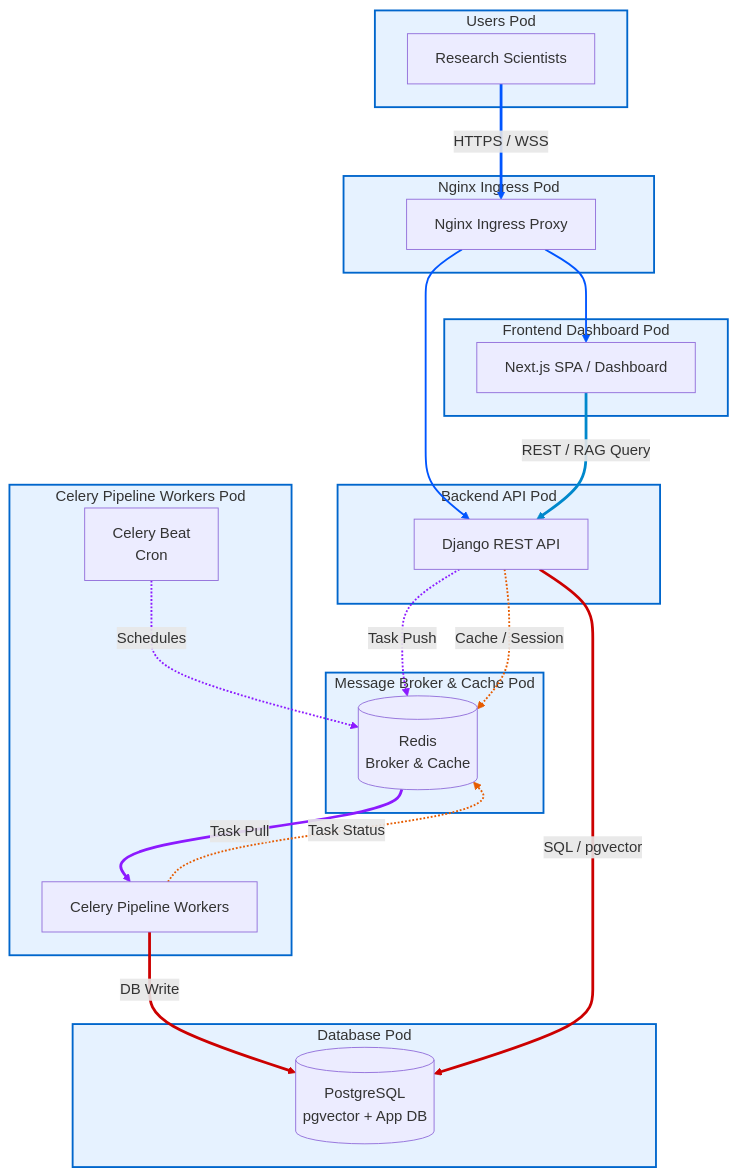
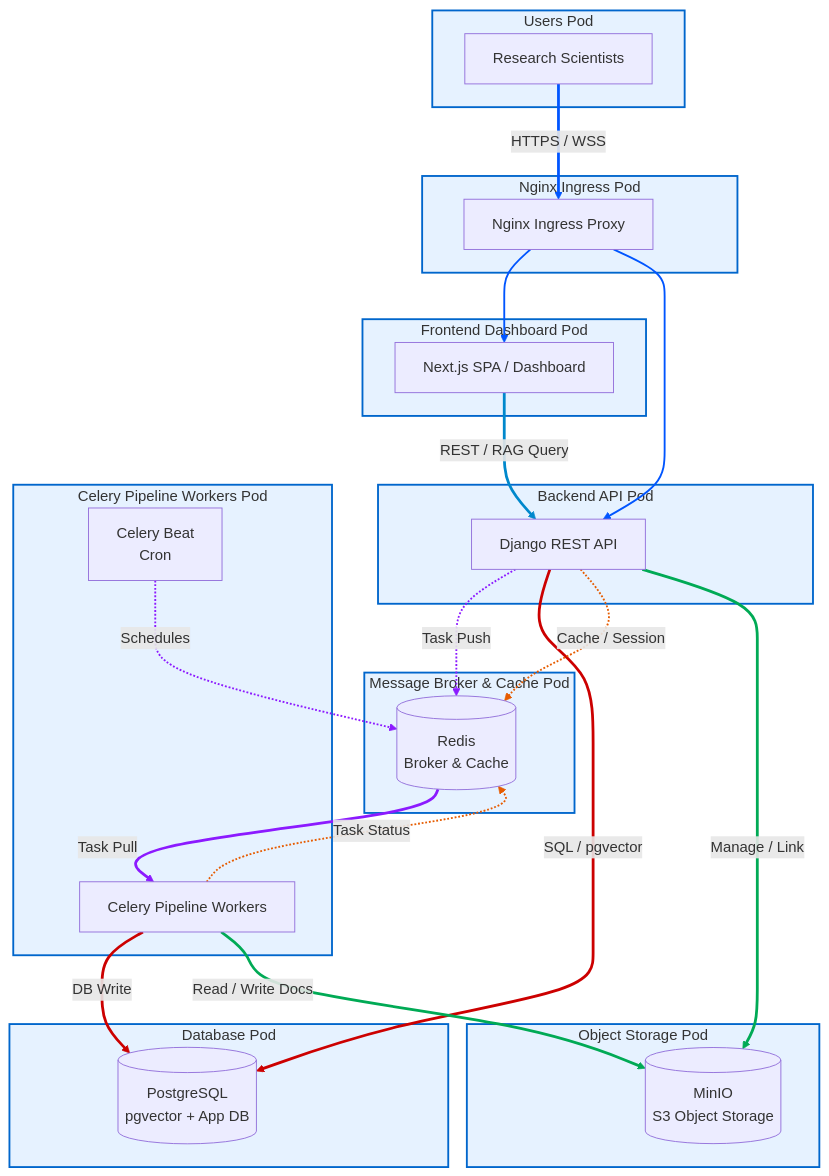
One commit to p4ku/research-intelligence changed the diagram in docs/diagrams/architecture.mmd. Above: the diagram before and after it, drawn with Mermaid. The commit also changed 4 other files, not shown here.

Commit message:
docs: add S3-equivalent MinIO storage to system architecture and diagrams

```diff
--- a/docs/diagrams/architecture.mmd
+++ b/docs/diagrams/architecture.mmd
@@ -1,61 +1,70 @@
 graph TB
     subgraph Users ["Users Pod"]
         usr[Research Scientists]
     end
     style Users fill:#e6f2ff,stroke:#0066cc,stroke-width:2px
 
     subgraph Ingress ["Nginx Ingress Pod"]
         nginx[Nginx Ingress Proxy]
     end
     style Ingress fill:#e6f2ff,stroke:#0066cc,stroke-width:2px
 
     subgraph Frontend ["Frontend Dashboard Pod"]
         frontend[Next.js SPA / Dashboard]
     end
     style Frontend fill:#e6f2ff,stroke:#0066cc,stroke-width:2px
 
     subgraph Backend ["Backend API Pod"]
         api[Django REST API]
     end
     style Backend fill:#e6f2ff,stroke:#0066cc,stroke-width:2px
 
     subgraph DataState ["Message Broker & Cache Pod"]
         broker[(Redis <br> Broker & Cache)]
     end
     style DataState fill:#e6f2ff,stroke:#0066cc,stroke-width:2px
 
     subgraph Workers ["Celery Pipeline Workers Pod"]
         beat[Celery Beat <br> Cron]
         w1[Celery Pipeline Workers]
     end
     style Workers fill:#e6f2ff,stroke:#0066cc,stroke-width:2px
 
     subgraph Database ["Database Pod"]
         db[(PostgreSQL <br> pgvector + App DB)]
     end
     style Database fill:#e6f2ff,stroke:#0066cc,stroke-width:2px
 
+    subgraph Storage ["Object Storage Pod"]
+        minio[(MinIO <br> S3 Object Storage)]
+    end
+    style Storage fill:#e6f2ff,stroke:#0066cc,stroke-width:2px
+
     usr ==>|HTTPS / WSS| nginx
     nginx --> frontend
     nginx --> api
     frontend ==>|REST / RAG Query| api
     api -.->|Task Push| broker
     beat -.->|Schedules| broker
     broker ==>|Task Pull| w1
     w1 ==>|DB Write| db
     api ==>|SQL / pgvector| db
     w1 -.->|Task Status| broker
     api -.->|Cache / Session| broker
+    api ==>|Manage / Link| minio
+    w1 ==>|Read / Write Docs| minio
 
     %% Link styles for custom colored arrows
     linkStyle 0 stroke:#0055ff,stroke-width:3px;
     linkStyle 1 stroke:#0055ff,stroke-width:2px;
     linkStyle 2 stroke:#0055ff,stroke-width:2px;
     linkStyle 3 stroke:#0088cc,stroke-width:3px;
     linkStyle 4 stroke:#8c1aff,stroke-width:2px;
     linkStyle 5 stroke:#8c1aff,stroke-width:2px;
     linkStyle 6 stroke:#8c1aff,stroke-width:3px;
     linkStyle 7 stroke:#cc0000,stroke-width:3px;
     linkStyle 8 stroke:#cc0000,stroke-width:3px;
     linkStyle 9 stroke:#e65c00,stroke-width:2px;
     linkStyle 10 stroke:#e65c00,stroke-width:2px;
+    linkStyle 11 stroke:#00aa55,stroke-width:3px;
+    linkStyle 12 stroke:#00aa55,stroke-width:3px;
```
